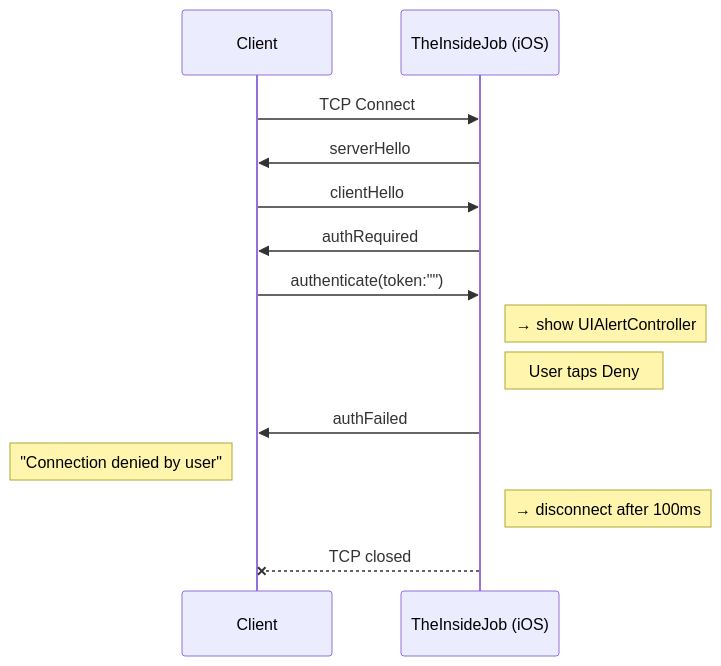
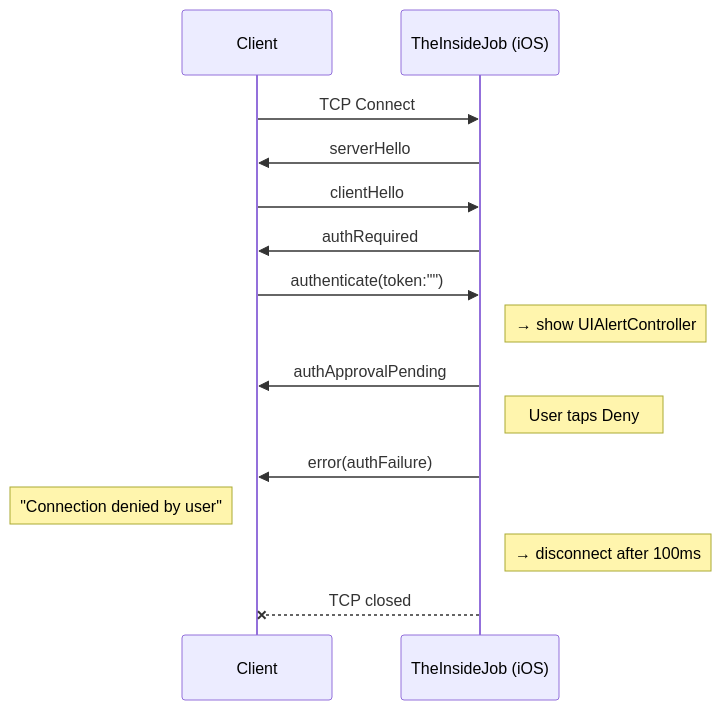
Before and after one commit to RoyalPineapple/TheButtonHeist: the fourth of 7 diagrams in docs/AUTH.md, drawn with Mermaid. The commit also changed other lines of this file and 36 other files, not shown here.

````diff
--- a/docs/AUTH.md
+++ b/docs/AUTH.md
@@ -134,17 +141,18 @@
 ```mermaid
 sequenceDiagram
     participant Client
     participant TheInsideJob as TheInsideJob (iOS)
 
     Client->>TheInsideJob: TCP Connect
     TheInsideJob->>Client: serverHello
     Client->>TheInsideJob: clientHello
     TheInsideJob->>Client: authRequired
     Client->>TheInsideJob: authenticate(token:"")
     Note right of TheInsideJob: → show UIAlertController
+    TheInsideJob->>Client: authApprovalPending
     Note right of TheInsideJob: User taps Deny
-    TheInsideJob->>Client: authFailed
+    TheInsideJob->>Client: error(authFailure)
     Note left of Client: "Connection denied by user"
     Note right of TheInsideJob: → disconnect after 100ms
     TheInsideJob--xClient: TCP closed
 ```
````
